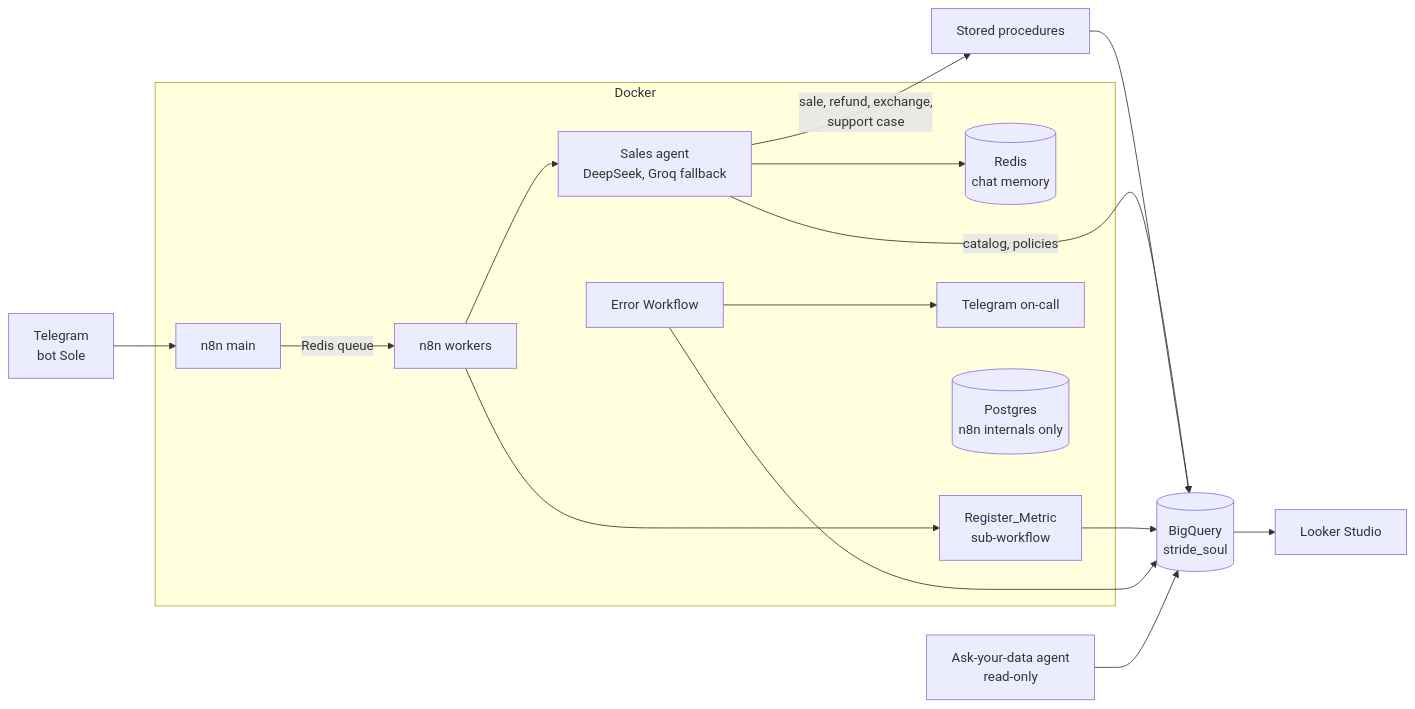
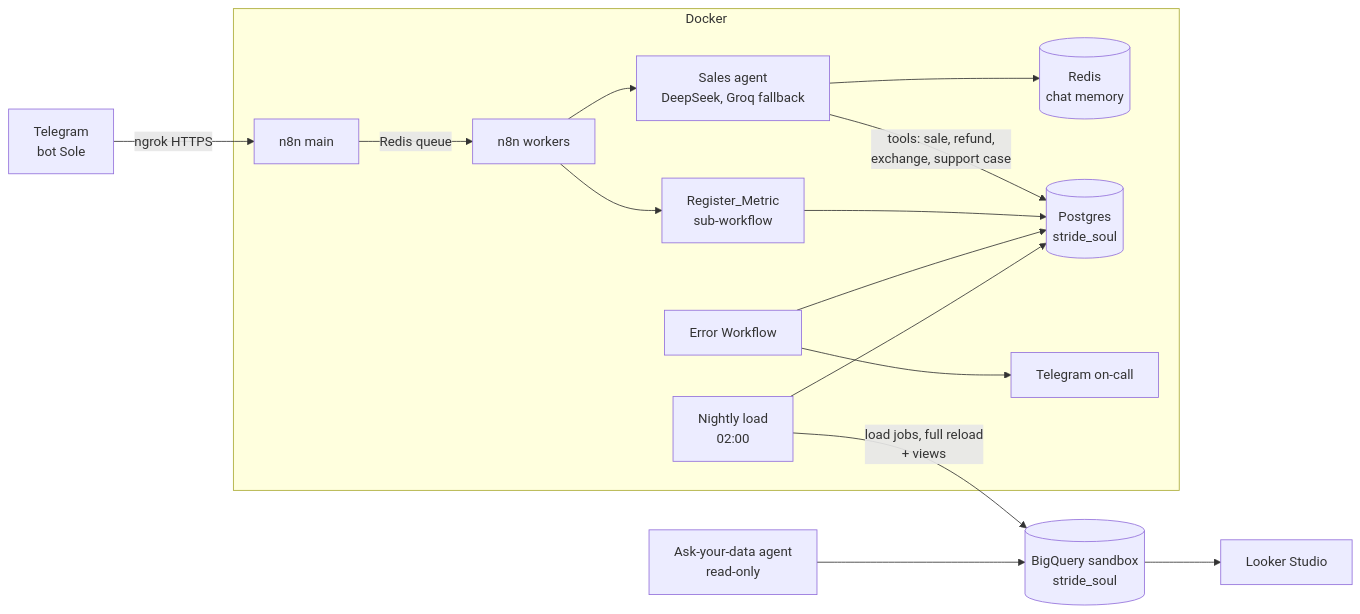
One commit to kev0alv/n8n-portfolio changed the diagram in README.md. Above: the diagram before and after it, drawn with Mermaid. The commit also changed other lines of this file and 5 other files, not shown here.

First line of the commit message:
Phase 3: store database tested; BigQuery reworked as analytics copy

````diff
--- a/README.md
+++ b/README.md
@@ -18,19 +20,17 @@
 ```mermaid
 flowchart LR
-  TG[Telegram<br/>bot Sole] --> N8N
+  TG[Telegram<br/>bot Sole] -->|ngrok HTTPS| N8N
   subgraph Docker
     N8N[n8n main] -->|Redis queue| W[n8n workers]
     W --> AG[Sales agent<br/>DeepSeek, Groq fallback]
     AG --> MEM[(Redis<br/>chat memory)]
-    W --> MET[Register_Metric<br/>sub-workflow]
-    EW[Error Workflow] --> ALERT[Telegram on-call]
-    PG[(Postgres<br/>n8n internals only)]
+    AG -->|tools: sale, refund,<br/>exchange, support case| PG[(Postgres<br/>stride_soul)]
+    W --> MET[Register_Metric<br/>sub-workflow] --> PG
+    EW[Error Workflow] --> PG
+    EW --> ALERT[Telegram on-call]
+    ETL[Nightly load<br/>02:00] --> PG
   end
-  AG -->|catalog, policies| BQ
-  AG -->|sale, refund, exchange,<br/>support case| SP[Stored procedures]
-  SP --> BQ[(BigQuery<br/>stride_soul)]
-  MET --> BQ
-  EW --> BQ
+  ETL -->|load jobs, full reload<br/>+ views| BQ[(BigQuery sandbox<br/>stride_soul)]
   BQ --> LS[Looker Studio]
   ASK[Ask-your-data agent<br/>read-only] --> BQ
 ```
````
